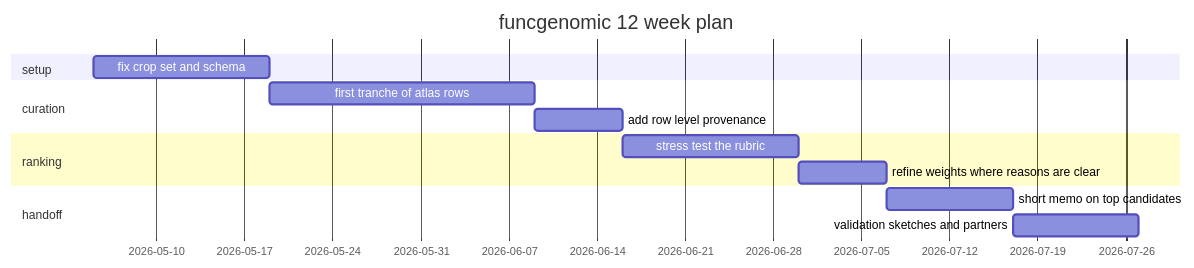
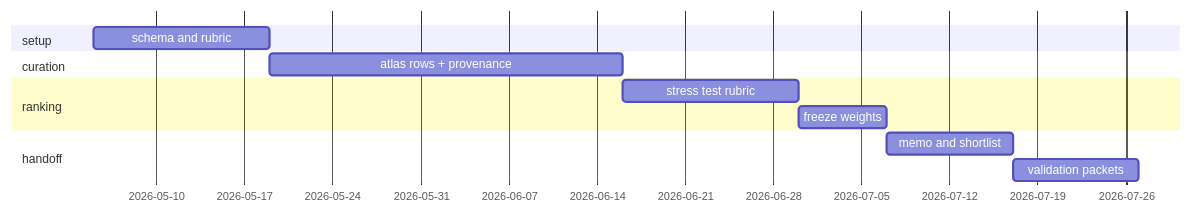
One commit to ABengani17/funcgenomic changed the diagram in docs/plan.md. Above: the diagram before and after it, drawn with Mermaid. The commit also changed other lines of this file and 5 other files, not shown here.

Commit message:
Trim README and docs: drop fluff, keep substance and one main diagram

````diff
--- a/docs/plan.md
+++ b/docs/plan.md
@@ -5,16 +3,14 @@
 ```mermaid
 gantt
   dateFormat  YYYY-MM-DD
-  title funcgenomic 12 week plan
   section setup
-  fix crop set and schema           :a1, 2026-05-05, 14d
+  schema and rubric            :a1, 2026-05-05, 14d
   section curation
-  first tranche of atlas rows       :a2, after a1, 21d
-  add row level provenance          :a3, after a2, 7d
+  atlas rows + provenance      :a2, after a1, 28d
   section ranking
-  stress test the rubric            :a4, after a3, 14d
-  refine weights where reasons are clear :a5, after a4, 7d
+  stress test rubric           :a3, after a2, 14d
+  freeze weights               :a4, after a3, 7d
   section handoff
-  short memo on top candidates      :a6, after a5, 10d
-  validation sketches and partners  :a7, after a6, 10d
+  memo and shortlist           :a5, after a4, 10d
+  validation packets           :a6, after a5, 10d
 ```
````
